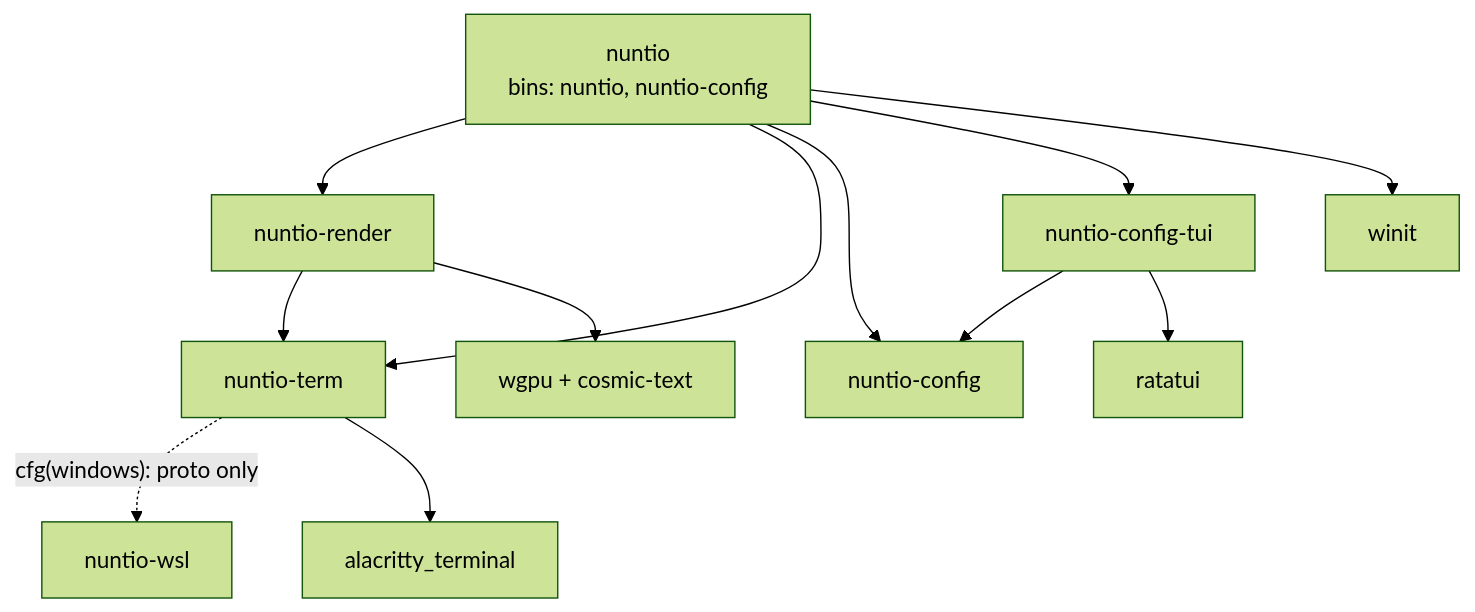
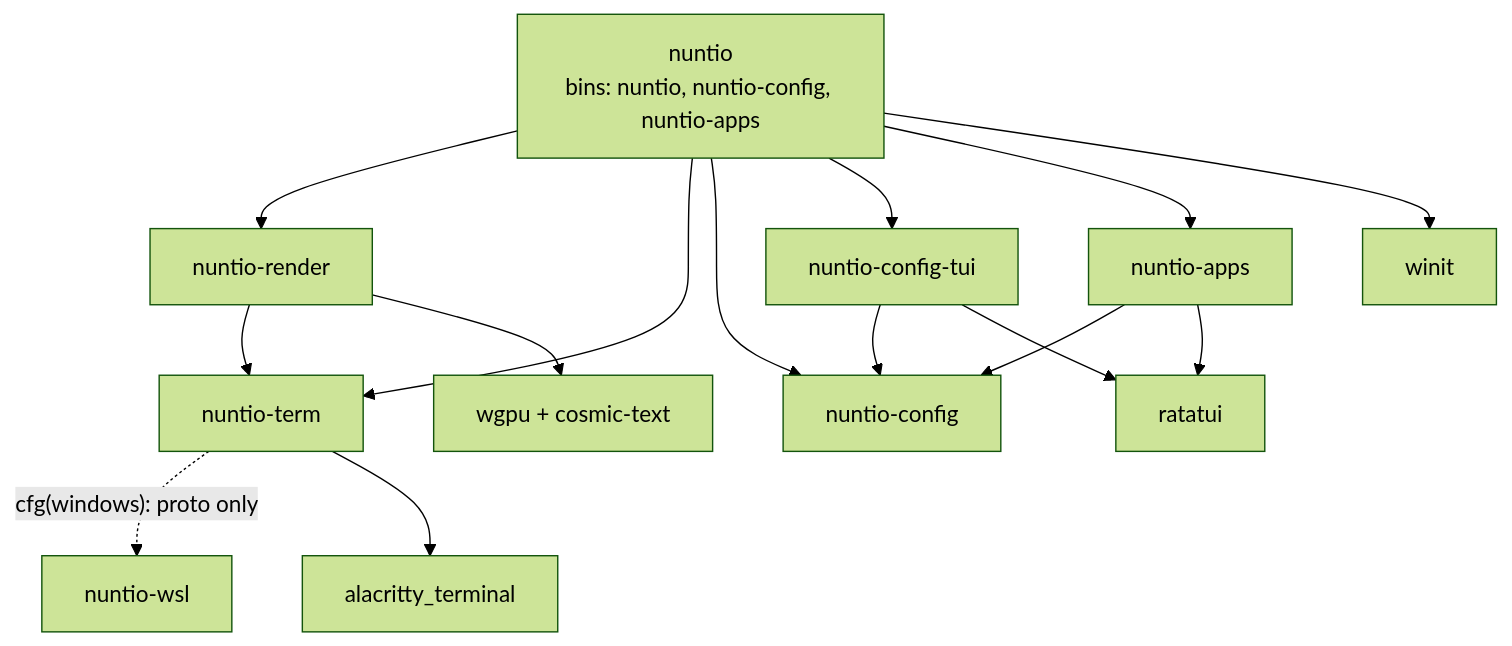
Before and after one commit to cebor/nuntio: the second of 6 diagrams in ARCHITECTURE.md, drawn with Mermaid (forest theme). The commit also changed other lines of this file and 34 other files, not shown here.

````diff
--- a/ARCHITECTURE.md
+++ b/ARCHITECTURE.md
@@ -59,14 +60,17 @@
 ```mermaid
 flowchart TD
-    nuntio["nuntio<br/>bins: nuntio, nuntio-config"] --> render[nuntio-render]
+    nuntio["nuntio<br/>bins: nuntio, nuntio-config, nuntio-apps"] --> render[nuntio-render]
     nuntio --> term[nuntio-term]
     nuntio --> config[nuntio-config]
     nuntio --> tui[nuntio-config-tui]
+    nuntio --> apps[nuntio-apps]
+    apps --> config
     render --> term
     tui --> config
     term -.->|"cfg(windows): proto only"| wsl[nuntio-wsl]
     term --> alacritty[alacritty_terminal]
     render --> wgpu[wgpu + cosmic-text]
     nuntio --> winit[winit]
     tui --> ratatui[ratatui]
+    apps --> ratatui
 ```
````
